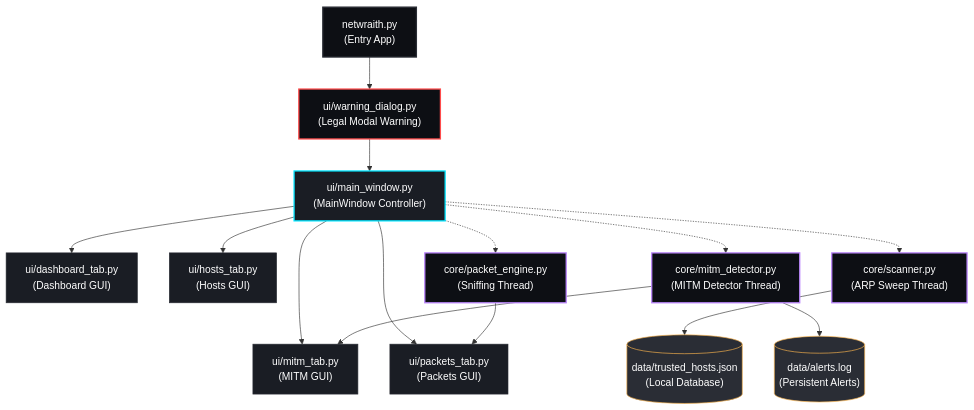
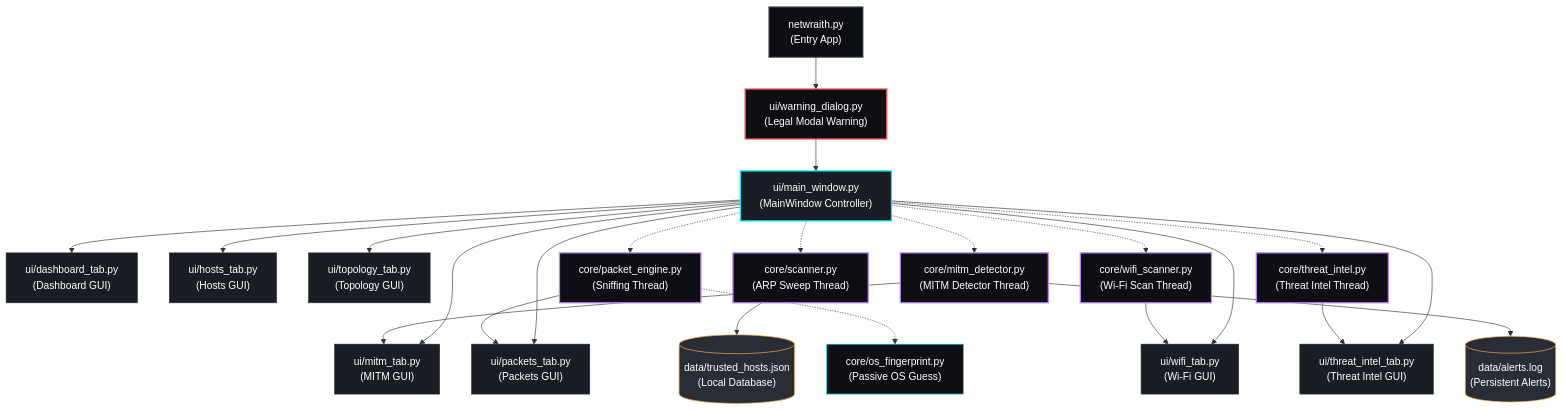
Before and after one commit to taezeem14/NetWraith: the diagram in README.md, drawn with Mermaid. The commit also changed other lines of this file, not shown here.

Commit message:
docs: update README.md with detailed advanced unique features description and architecture chart

````diff
--- a/README.md
+++ b/README.md
@@ -37,37 +37,53 @@
 ```mermaid
 graph TD
     %% Define clean hierarchy
     A["netwraith.py<br>(Entry App)"] --> B["ui/warning_dialog.py<br>(Legal Modal Warning)"]
     B --> C["ui/main_window.py<br>(MainWindow Controller)"]
     
     %% Hub routes to UI Tabs
     C --> D["ui/dashboard_tab.py<br>(Dashboard GUI)"]
     C --> E["ui/mitm_tab.py<br>(MITM GUI)"]
     C --> F["ui/packets_tab.py<br>(Packets GUI)"]
     C --> G["ui/hosts_tab.py<br>(Hosts GUI)"]
+    C --> M["ui/topology_tab.py<br>(Topology GUI)"]
+    C --> N["ui/wifi_tab.py<br>(Wi-Fi GUI)"]
+    C --> O["ui/threat_intel_tab.py<br>(Threat Intel GUI)"]
     
     %% Hub spins up QThreads in Core
     C -.-> H["core/scanner.py<br>(ARP Sweep Thread)"]
     C -.-> I["core/packet_engine.py<br>(Sniffing Thread)"]
     C -.-> J["core/mitm_detector.py<br>(MITM Detector Thread)"]
+    C -.-> P["core/wifi_scanner.py<br>(Wi-Fi Scan Thread)"]
+    C -.-> Q["core/threat_intel.py<br>(Threat Intel Thread)"]
+    
+    %% OS Fingerprint helper
+    I -.-> R["core/os_fingerprint.py<br>(Passive OS Guess)"]
     
     %% Core engines write to files & feed signals
     H --> K[("data/trusted_hosts.json<br>(Local Database)")]
     I --> F
     J --> E
+    P --> N
+    Q --> O
     J --> L[("data/alerts.log<br>(Persistent Alerts)")]
     
     %% Styling Nodes
     style A fill:#0d0f14,stroke:#2a2d35,stroke-width:2px,color:#ffffff
     style B fill:#0d0f14,stroke:#ff4c4c,stroke-width:2px,color:#ffffff
     style C fill:#1a1d24,stroke:#00e5ff,stroke-width:2px,color:#ffffff
     style D fill:#1a1d24,stroke:#2a2d35,stroke-width:1px,color:#ffffff
     style E fill:#1a1d24,stroke:#2a2d35,stroke-width:1px,color:#ffffff
     style F fill:#1a1d24,stroke:#2a2d35,stroke-width:1px,color:#ffffff
     style G fill:#1a1d24,stroke:#2a2d35,stroke-width:1px,color:#ffffff
+    style M fill:#1a1d24,stroke:#2a2d35,stroke-width:1px,color:#ffffff
+    style N fill:#1a1d24,stroke:#2a2d35,stroke-width:1px,color:#ffffff
+    style O fill:#1a1d24,stroke:#2a2d35,stroke-width:1px,color:#ffffff
     style H fill:#0d0f14,stroke:#bb86fc,stroke-width:2px,color:#ffffff
     style I fill:#0d0f14,stroke:#bb86fc,stroke-width:2px,color:#ffffff
     style J fill:#0d0f14,stroke:#bb86fc,stroke-width:2px,color:#ffffff
+    style P fill:#0d0f14,stroke:#bb86fc,stroke-width:2px,color:#ffffff
+    style Q fill:#0d0f14,stroke:#bb86fc,stroke-width:2px,color:#ffffff
+    style R fill:#0d0f14,stroke:#00e5ff,stroke-width:1px,color:#ffffff
     style K fill:#2a2d35,stroke:#ffb74d,stroke-width:1px,color:#ffffff
     style L fill:#2a2d35,stroke:#ffb74d,stroke-width:1px,color:#ffffff
 ```
````
